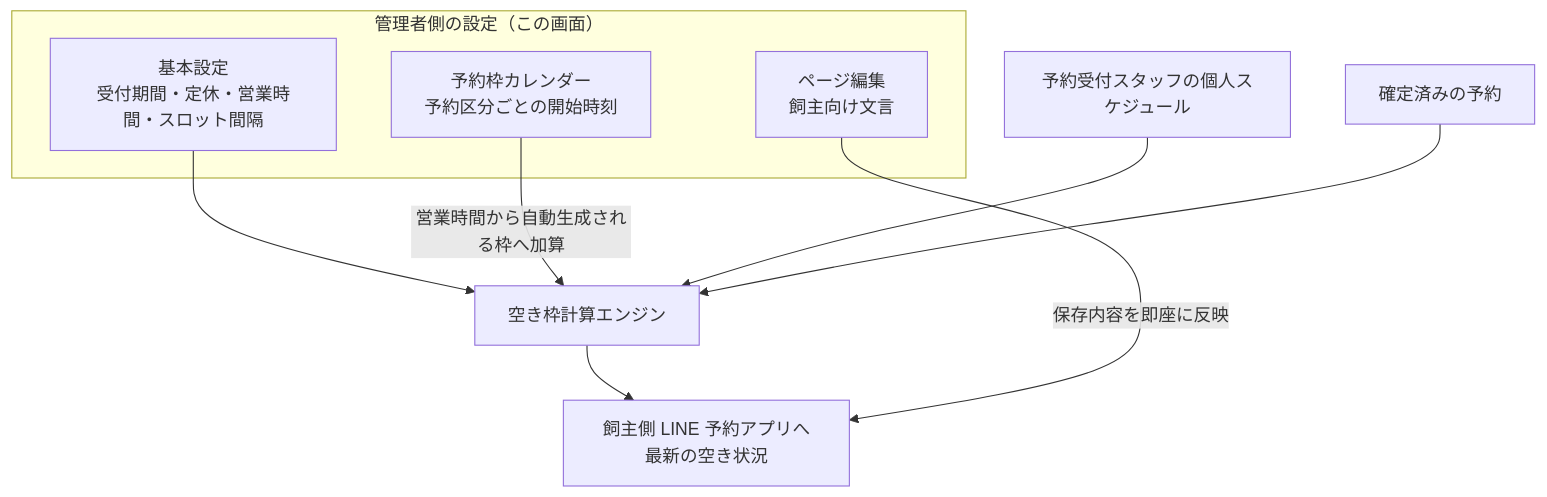
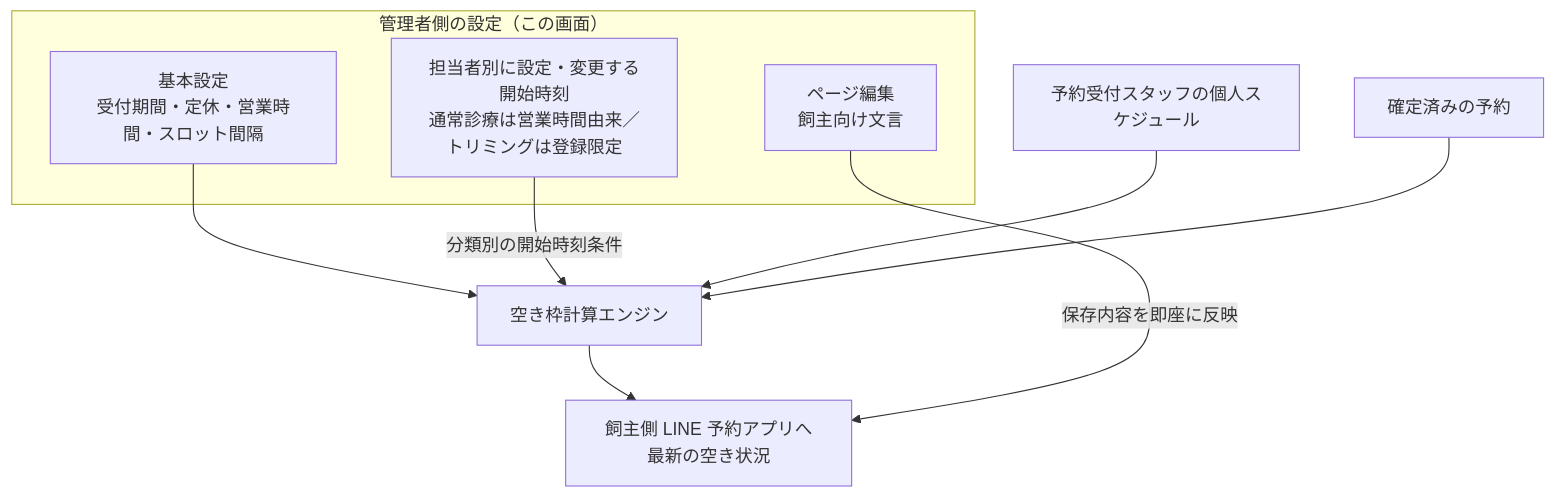
Before and after one commit to MinoruSoga/AnimalEkarte: the diagram in docs/spec/screens/28-line-reservation.md, drawn with Mermaid. The commit also changed other lines of this file and 38 other files, not shown here.

````diff
--- a/docs/spec/screens/28-line-reservation.md
+++ b/docs/spec/screens/28-line-reservation.md
@@ -58,16 +64,16 @@
 ```mermaid
 flowchart TB
     subgraph Admin["管理者側の設定（この画面）"]
         Settings["基本設定<br>受付期間・定休・営業時間・スロット間隔"]
-        Slots["予約枠カレンダー<br>予約区分ごとの開始時刻"]
+        Slots["担当者別に設定・変更する開始時刻<br>通常診療は営業時間由来／トリミングは登録限定"]
         Page["ページ編集<br>飼主向け文言"]
     end
     Sched["予約受付スタッフの個人スケジュール"]
     Confirmed["確定済みの予約"]
     Settings --> Calc["空き枠計算エンジン"]
-    Slots -->|営業時間から自動生成される枠へ加算| Calc
+    Slots -->|分類別の開始時刻条件| Calc
     Sched --> Calc
     Confirmed --> Calc
     Calc --> Owner["飼主側 LINE 予約アプリへ最新の空き状況"]
     Page -->|保存内容を即座に反映| Owner
 ```
````
